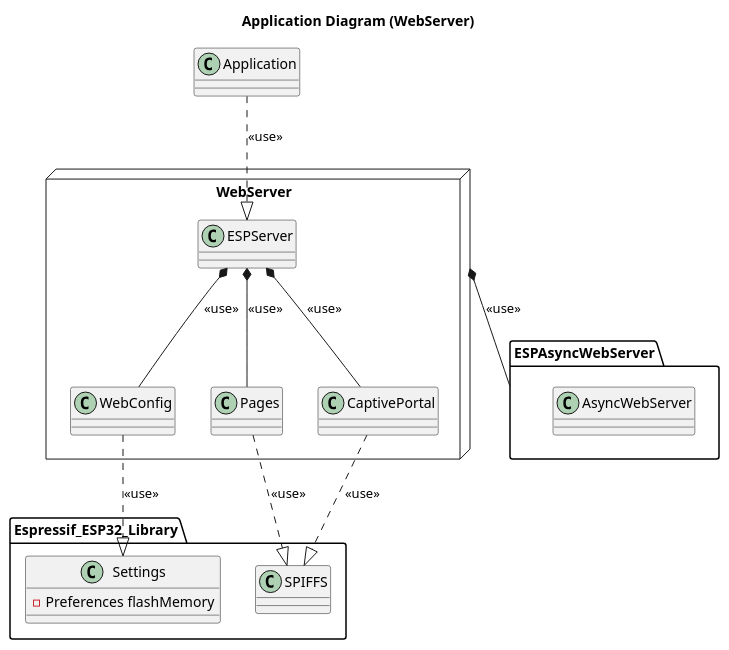
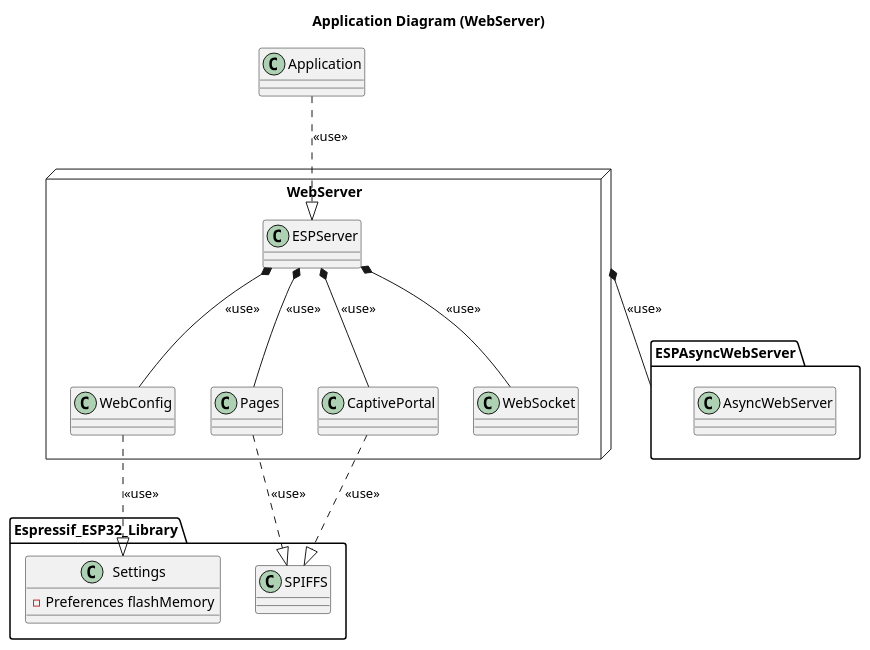
Before and after one commit to NewTec-GmbH/esp32-can-iot: the diagram in Coding/fw/doc/design/Architecture_Webserver.plantuml, drawn with PlantUML. The commit also changed 1 other file, not shown here.

Commit message:
Updated UML Diagrams for Lawicel and Webserver

```diff
--- a/Coding/fw/doc/design/Architecture_Webserver.plantuml
+++ b/Coding/fw/doc/design/Architecture_Webserver.plantuml
@@ -1,37 +1,38 @@
 @startuml
 Title Application Diagram (WebServer)
 
 Class Application
 
 package WebServer <<node>>
 {
     Class WebConfig
     Class Pages
     Class CaptivePortal
 
     Application ..|> ESPServer : <<use>>
     ESPServer 	*-- WebConfig : <<use>>
     ESPServer 	*-- Pages : <<use>>
     ESPServer 	*-- CaptivePortal : <<use>>
+    ESPServer 	*-- WebSocket : <<use>>
 }
 
 package Espressif_ESP32_Library{
     Class Settings{
 
         -Preferences flashMemory
     }
     Class SPIFFS
 
     WebConfig ..|> Settings : <<use>>
     Pages ..|> SPIFFS : <<use>>
     CaptivePortal ..|> SPIFFS : <<use>>
 }
 
 package ESPAsyncWebServer <<folder>>
 {
     Class AsyncWebServer
 }
 
 WebServer 	*-- ESPAsyncWebServer : <<use>>
 
 @enduml
```
